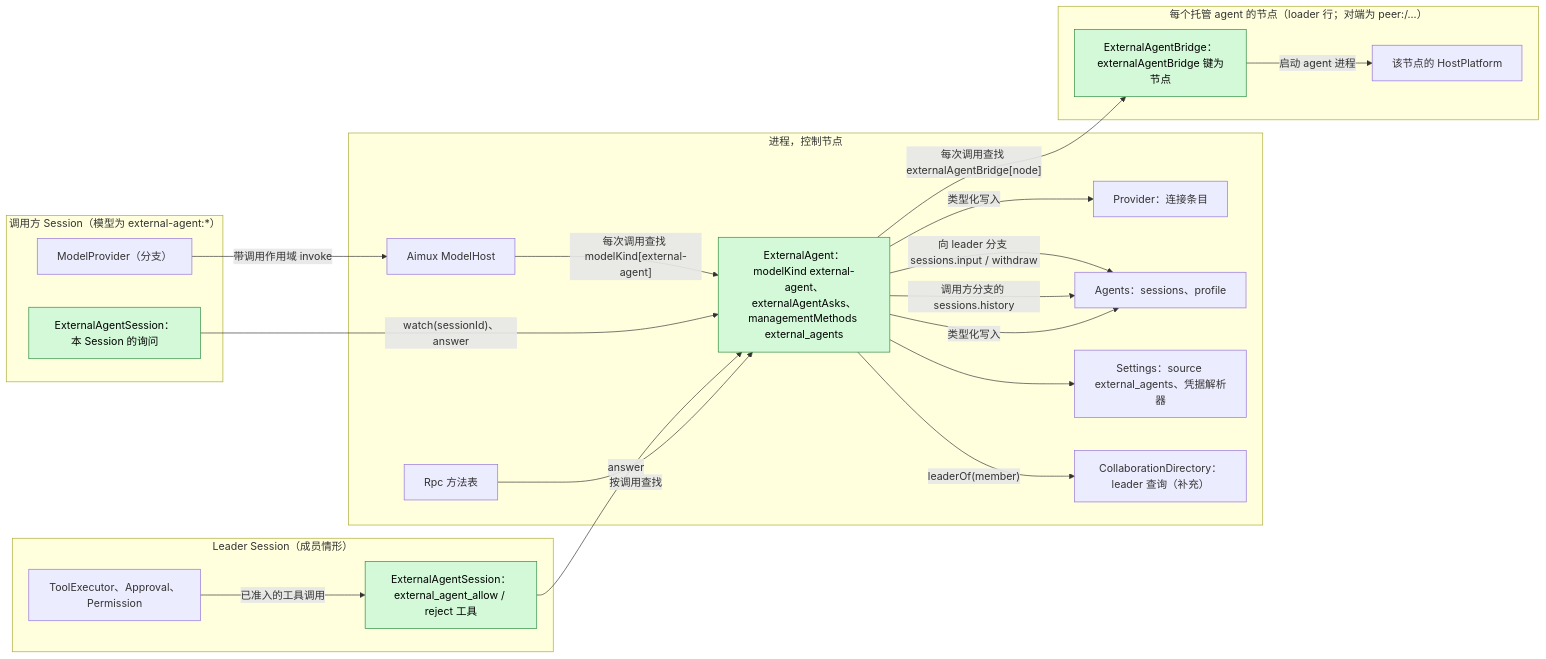
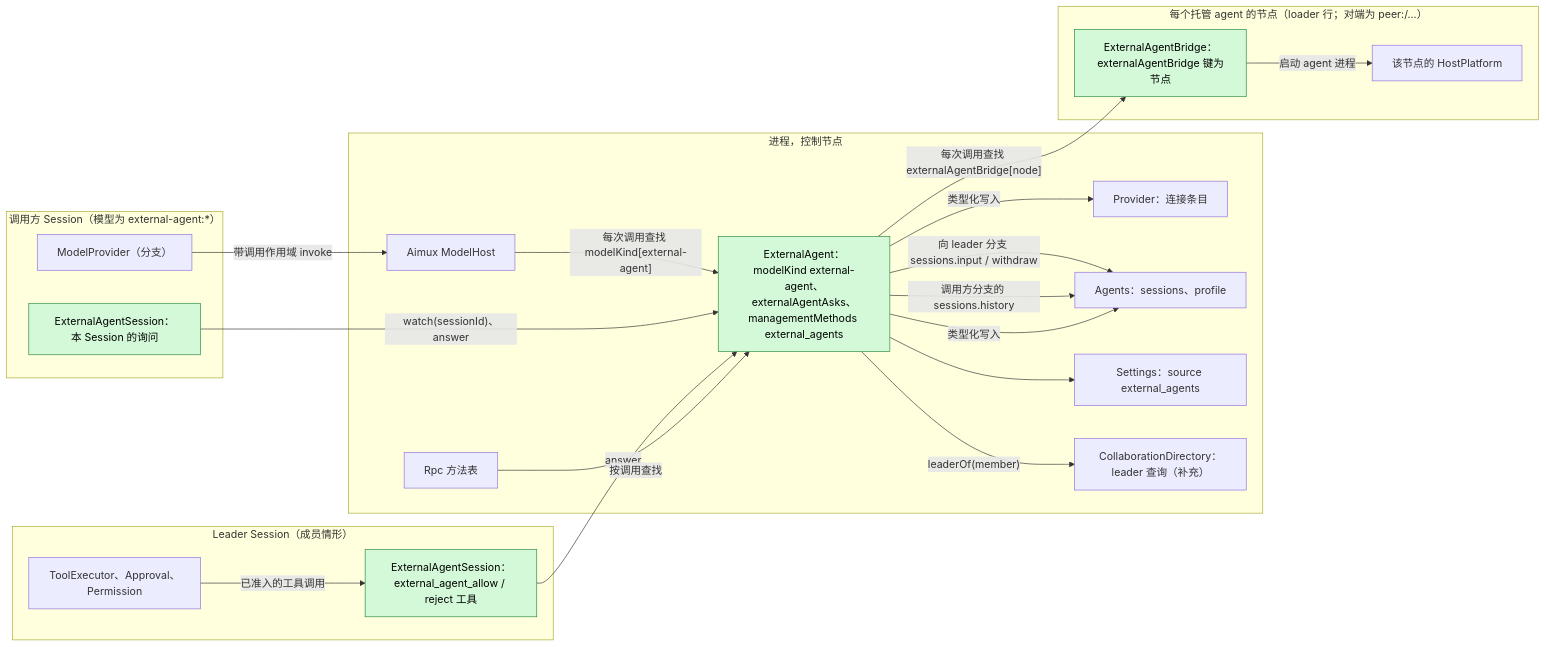
One commit to CoutinhoTTS/dim-agent changed the first of 5 diagrams in docs/zh/design/plugins/ExternalAgent.md. Above: the diagram before and after it, drawn with Mermaid. The commit also changed other lines of this file and 1 other file, not shown here.

Commit message:
docs(external-agent): own env credentials instead of a Settings resolver

````diff
--- a/docs/zh/design/plugins/ExternalAgent.md
+++ b/docs/zh/design/plugins/ExternalAgent.md
@@ -21,39 +21,39 @@
 ```mermaid
 flowchart LR
   classDef new fill:#d3f9d8,stroke:#2b8a3e,color:#000
   subgraph proc["进程，控制节点"]
     EA["ExternalAgent：modelKind external-agent、externalAgentAsks、managementMethods external_agents"]:::new
     Aimux["Aimux ModelHost"]
     Provider["Provider：连接条目"]
     Agents["Agents：sessions、profile"]
-    Settings["Settings：source external_agents、凭据解析器"]
+    Settings["Settings：source external_agents"]
     CD["CollaborationDirectory：leader 查询（补充）"]
     Rpc["Rpc 方法表"]
   end
   subgraph node["每个托管 agent 的节点（loader 行；对端为 peer:<node>/...）"]
     BR["ExternalAgentBridge：externalAgentBridge 键为节点"]:::new
     HP["该节点的 HostPlatform"]
   end
   subgraph calling["调用方 Session（模型为 external-agent:*）"]
     MP["ModelProvider（分支）"]
     ES1["ExternalAgentSession：本 Session 的询问"]:::new
   end
   subgraph leader["Leader Session（成员情形）"]
     ES2["ExternalAgentSession：external_agent_allow / reject 工具"]:::new
     TE["ToolExecutor、Approval、Permission"]
   end
   MP -->|"带调用作用域 invoke"| Aimux
   Aimux -->|"每次调用查找 modelKind[external-agent]"| EA
   EA -->|"每次调用查找 externalAgentBridge[node]"| BR
   BR -->|"启动 agent 进程"| HP
   EA -->|"leaderOf(member)"| CD
   EA -->|"向 leader 分支 sessions.input / withdraw"| Agents
   EA -->|"调用方分支的 sessions.history"| Agents
   ES1 -->|"watch(sessionId)、answer"| EA
   TE -->|"已准入的工具调用"| ES2
   ES2 -->|"answer"| EA
   Rpc -->|"按调用查找"| EA
   EA --> Settings
   EA -->|"类型化写入"| Provider
   EA -->|"类型化写入"| Agents
 ```
````
